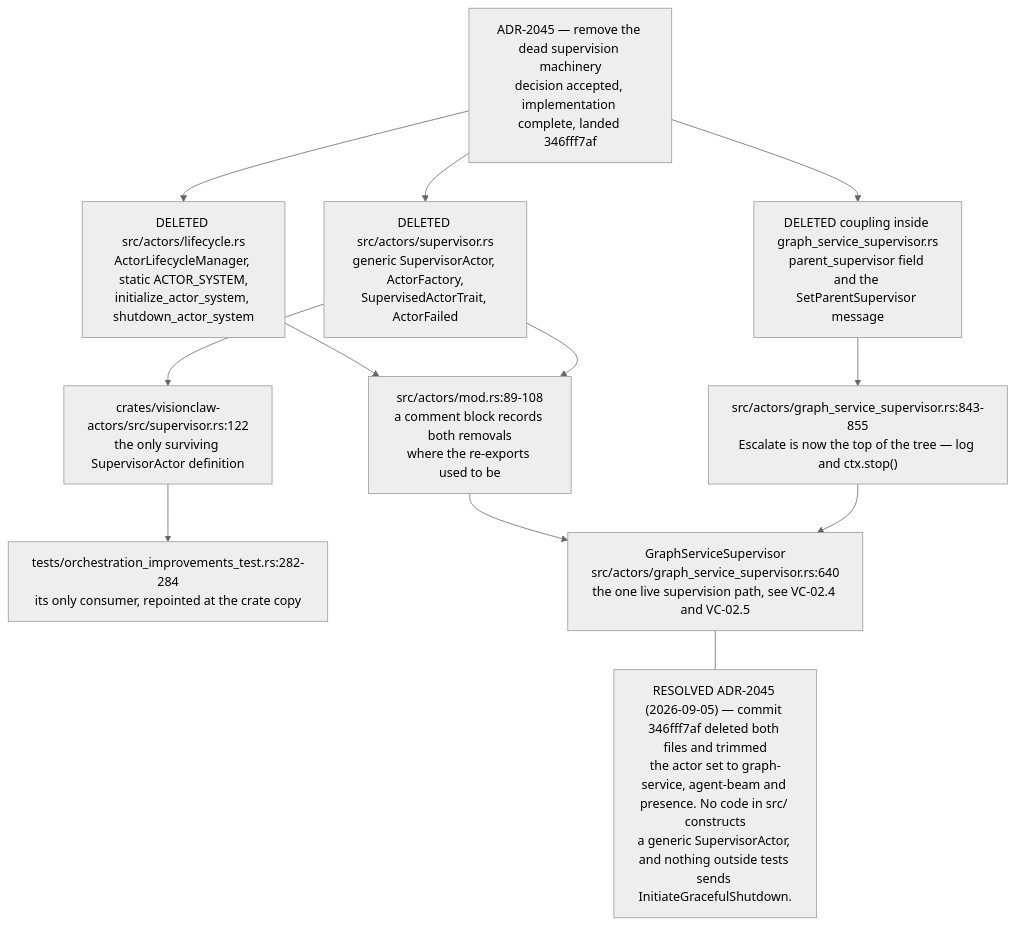
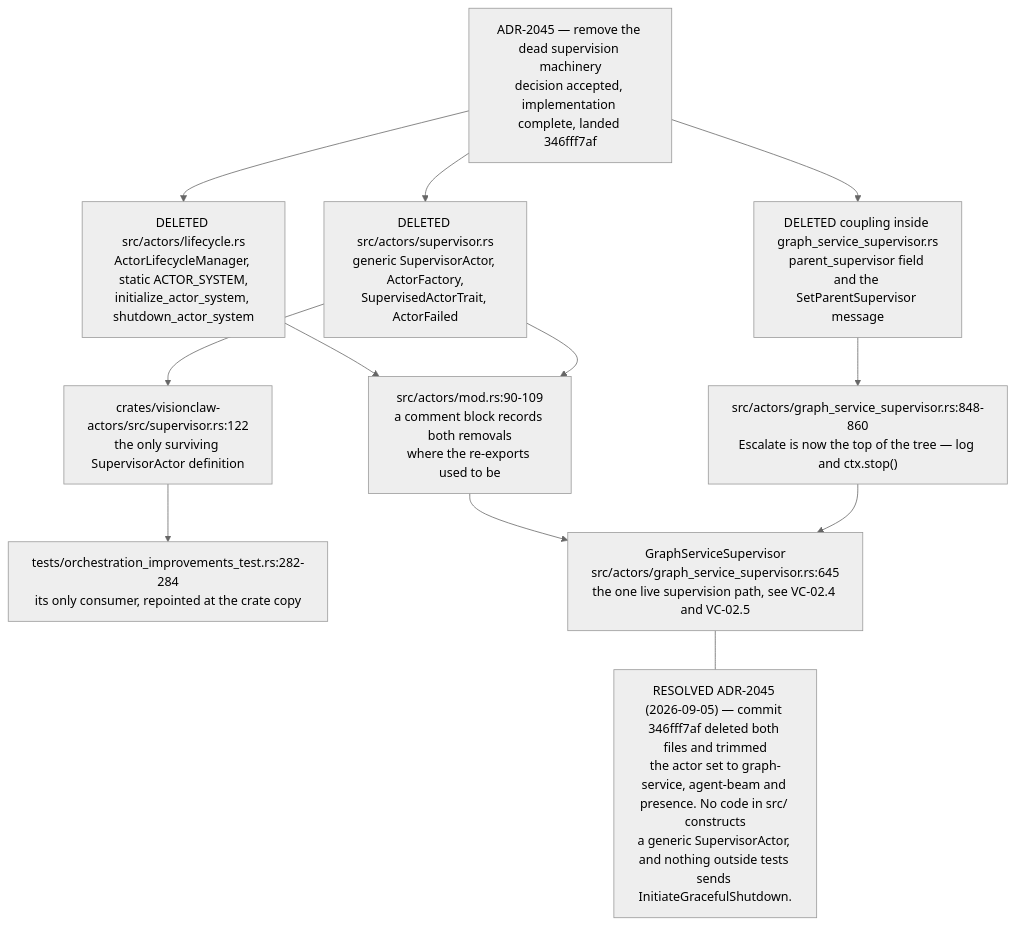
Before and after one commit to DreamLab-AI/VisionFlow: the seventh of 14 diagrams in docs/diagrams/visionclaw/02-actor-supervision.md, drawn with Mermaid (neutral theme). The commit also changed other lines of this file and 173 other files, not shown here.

````diff
--- a/docs/diagrams/visionclaw/02-actor-supervision.md
+++ b/docs/diagrams/visionclaw/02-actor-supervision.md
@@ -266,26 +270,26 @@
 ```mermaid
 flowchart TB
     ADR["ADR-2045 — remove the dead supervision machinery<br/>decision accepted, implementation complete, landed 346fff7af"]
     LIFE["DELETED src/actors/lifecycle.rs<br/>ActorLifecycleManager, static ACTOR_SYSTEM,<br/>initialize_actor_system, shutdown_actor_system"]
     SUP["DELETED src/actors/supervisor.rs<br/>generic SupervisorActor, ActorFactory,<br/>SupervisedActorTrait, ActorFailed"]
     COUP["DELETED coupling inside graph_service_supervisor.rs<br/>parent_supervisor field and the SetParentSupervisor message"]
-    MOD["src/actors/mod.rs:89-108<br/>a comment block records both removals<br/>where the re-exports used to be"]
-    ESC["src/actors/graph_service_supervisor.rs:843-855<br/>Escalate is now the top of the tree — log and ctx.stop()"]
+    MOD["src/actors/mod.rs:90-109<br/>a comment block records both removals<br/>where the re-exports used to be"]
+    ESC["src/actors/graph_service_supervisor.rs:848-860<br/>Escalate is now the top of the tree — log and ctx.stop()"]
     CRATE["crates/visionclaw-actors/src/supervisor.rs:122<br/>the only surviving SupervisorActor definition"]
     TEST["tests/orchestration_improvements_test.rs:282-284<br/>its only consumer, repointed at the crate copy"]
-    LIVE["GraphServiceSupervisor<br/>src/actors/graph_service_supervisor.rs:640<br/>the one live supervision path, see VC-02.4 and VC-02.5"]
+    LIVE["GraphServiceSupervisor<br/>src/actors/graph_service_supervisor.rs:645<br/>the one live supervision path, see VC-02.4 and VC-02.5"]
 
     ADR --> LIFE
     ADR --> SUP
     ADR --> COUP
     LIFE --> MOD
     SUP --> MOD
     SUP --> CRATE
     CRATE --> TEST
     COUP --> ESC
     MOD --> LIVE
     ESC --> LIVE
 
     N1["RESOLVED ADR-2045 (2026-09-05) — commit 346fff7af deleted both files and trimmed<br/>the actor set to graph-service, agent-beam and presence. No code in src/ constructs<br/>a generic SupervisorActor, and nothing outside tests sends InitiateGracefulShutdown."]
     LIVE --- N1
 ```
````
